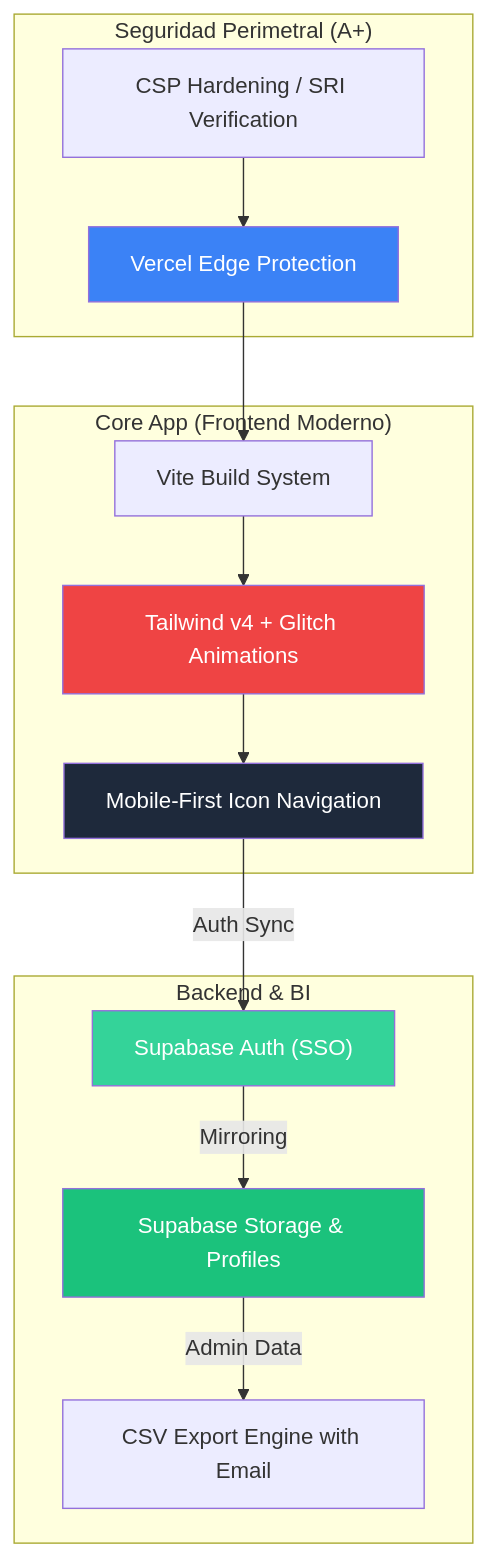
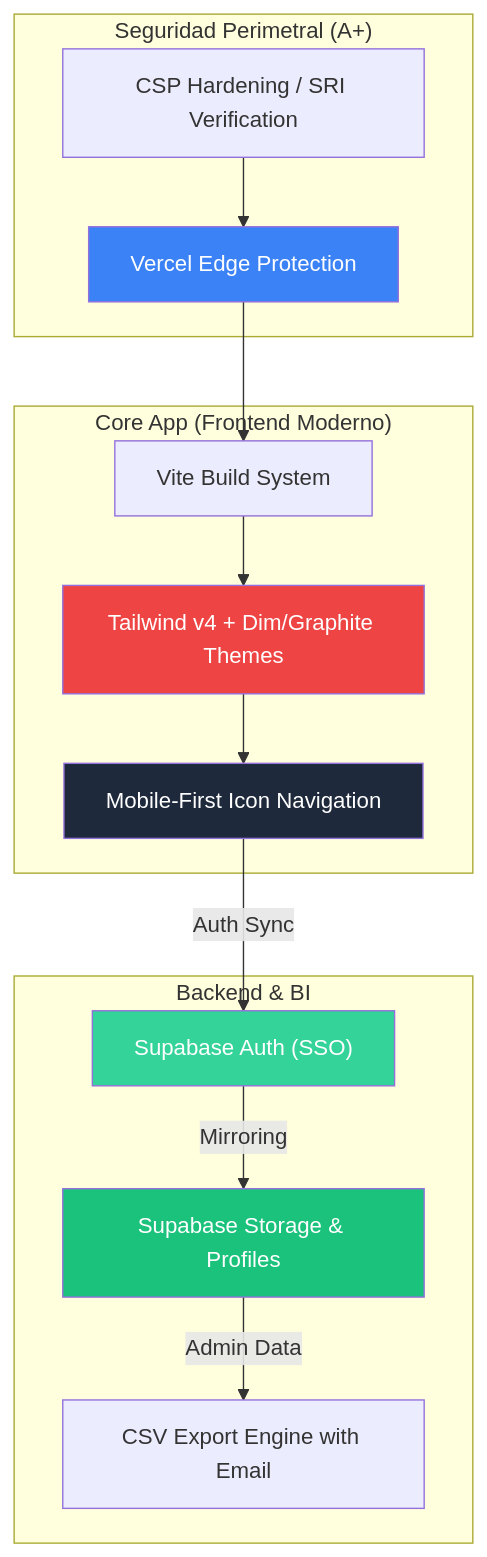
The diagram in reporte_tecnico.md (asterion30/prode-2026), drawn with Mermaid before and after one commit. The commit also changed other lines of this file, not shown here.

Commit message:
docs: update technical report with dim mode and split auth flow

````diff
--- a/reporte_tecnico.md
+++ b/reporte_tecnico.md
@@ -46,32 +52,32 @@
 ```mermaid
 graph TD
     subgraph "Seguridad Perimetral (A+)"
         CSP["CSP Hardening / SRI Verification"]
         WAF["Vercel Edge Protection"]
     end
 
     subgraph "Core App (Frontend Moderno)"
         Vite["Vite Build System"]
-        Design["Tailwind v4 + Glitch Animations"]
+        Design["Tailwind v4 + Dim/Graphite Themes"]
         Mobile["Mobile-First Icon Navigation"]
     end
 
     subgraph "Backend & BI"
         DB["Supabase Storage & Profiles"]
         Auth["Supabase Auth (SSO)"]
         CSV["CSV Export Engine with Email"]
     end
 
     CSP --> WAF --> Vite
     Vite --> Design
     Design --> Mobile
     Mobile -- "Auth Sync" --> Auth
     Auth -- "Mirroring" --> DB
     DB -- "Admin Data" --> CSV
 
     style DB fill:#1BC27C,color:#fff
     style Auth fill:#34d399,color:#fff
     style WAF fill:#3b82f6,color:#fff
     style Design fill:#ef4444,color:#fff
     style Mobile fill:#1e293b,color:#fff
 ```
````
